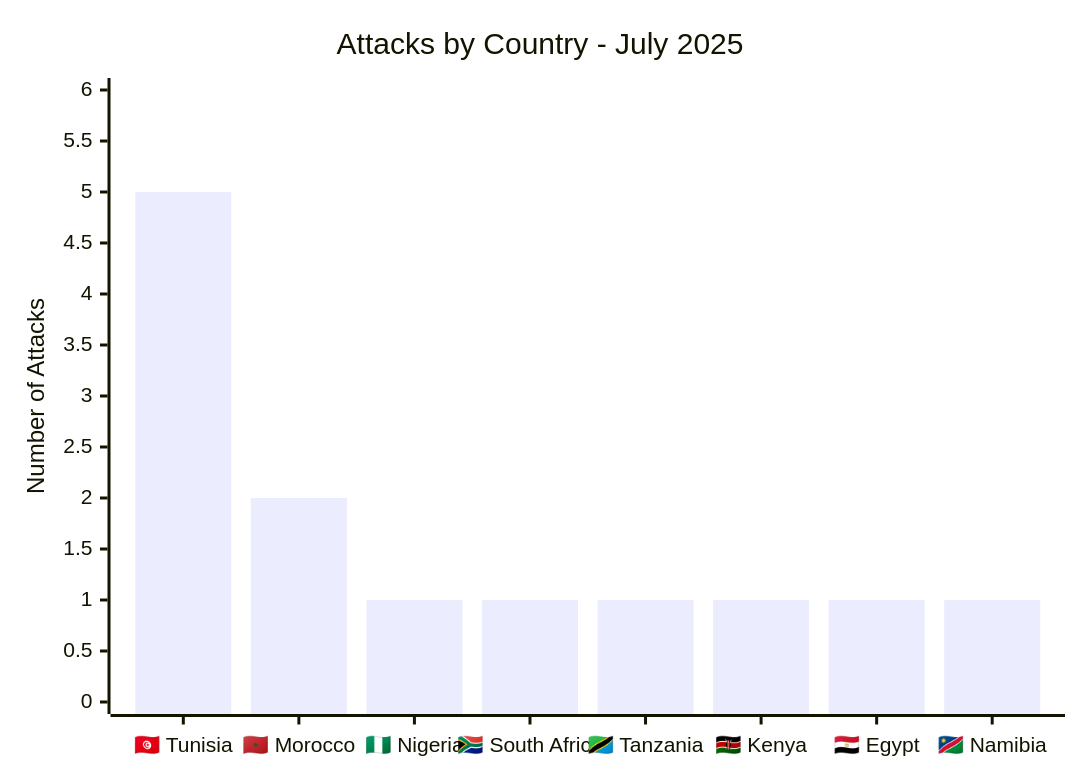
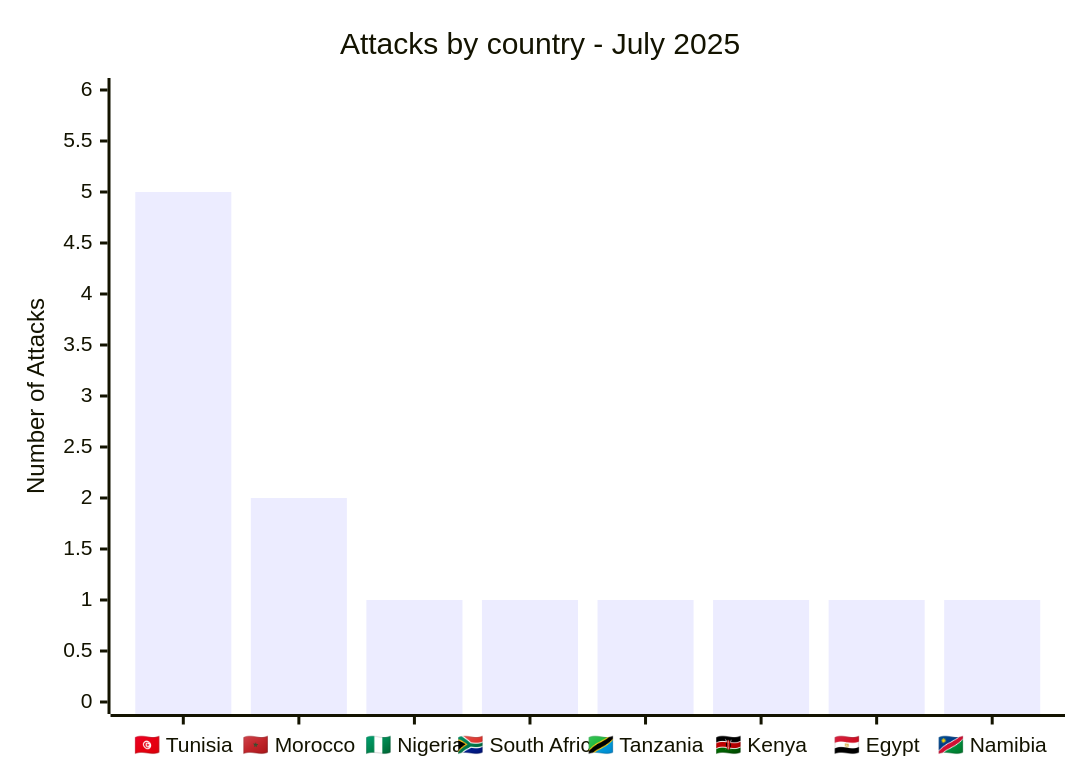
Before and after one commit to Hatchepsoute/AFRINTEL: the third of 5 diagrams in 2025/july/report/README.md, drawn with Mermaid. The commit also changed other lines of this file and 11 other files, not shown here.

````diff
--- a/2025/july/report/README.md
+++ b/2025/july/report/README.md
@@ -75,7 +78,7 @@
 ```mermaid
 xychart-beta
-    title "Attacks by Country - July 2025"
+    title "Attacks by country - July 2025"
     x-axis ["🇹🇳 Tunisia", "🇲🇦 Morocco", "🇳🇬 Nigeria", "🇿🇦 South Africa", "🇹🇿 Tanzania", "🇰🇪 Kenya", "🇪🇬 Egypt", "🇳🇦 Namibia"]
     y-axis "Number of Attacks" 0 --> 6
     bar [5, 2, 1, 1, 1, 1, 1, 1]
 ```
````
